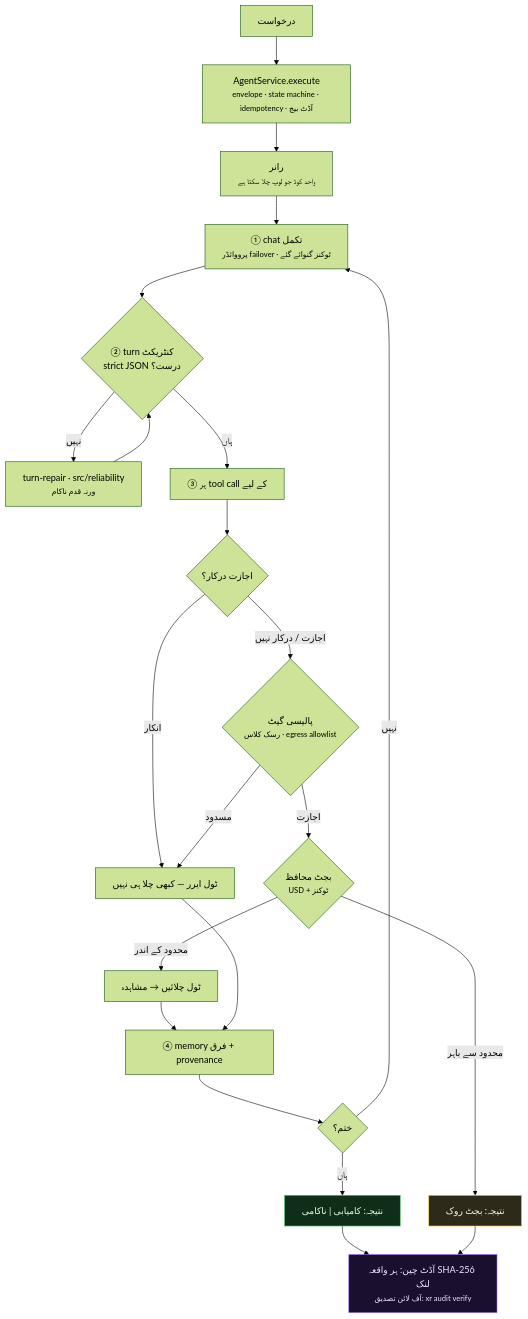
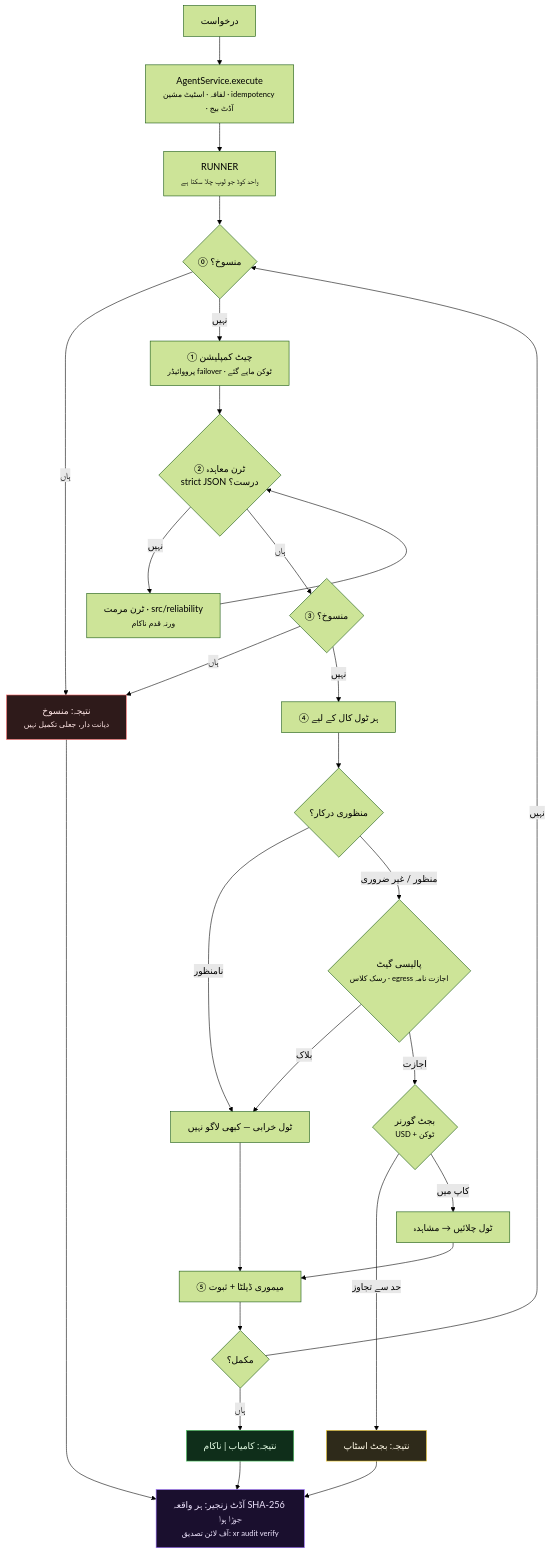
One commit to ahmadrrrtx/xr changed the second of 2 diagrams in README-ur.md. Above: the diagram before and after it, drawn with Mermaid (forest theme). The commit also changed other lines of this file and 8 other files, not shown here.

````diff
--- a/README-ur.md
+++ b/README-ur.md
@@ -153,30 +170,36 @@
 ```mermaid
 flowchart TD
-    R["درخواست"] --> E["AgentService.execute<br/><small>envelope · state machine · idempotency · آڈٹ بیج</small>"]
-    E --> RUN["رانر<br/><small>واحد کوڈ جو لوپ چلا سکتا ہے</small>"]
-    RUN --> C1["① chat تکمل<br/><small>پرووائڈر failover · ٹوکنز گنوائے گئے</small>"]
-    C1 --> C2{"② turn کنٹریکٹ<br/>strict JSON درست؟"}
-    C2 -->|نہیں| REP["turn-repair · src/reliability<br/><small>ورنہ قدم ناکام</small>"]
+    R["درخواست"] --> E["AgentService.execute<br/><small>لفافہ · اسٹیٹ مشین · idempotency · آڈٹ بیج</small>"]
+    E --> RUN["RUNNER<br/><small>واحد کوڈ جو لوپ چلا سکتا ہے</small>"]
+    RUN --> C0{"⓪ منسوخ؟"}
+    C0 -->|ہاں| CAN["نتیجہ: منسوخ<br/><small>دیانت دار، جعلی تکمیل نہیں</small>"]
+    C0 -->|نہیں| C1["① چیٹ کمپلیشن<br/><small>پرووائیڈر failover · ٹوکن ماپے گئے</small>"]
+    C1 --> C2{"② ٹرن معاہدہ<br/>strict JSON درست؟"}
+    C2 -->|نہیں| REP["ٹرن مرمت · src/reliability<br/><small>ورنہ قدم ناکام</small>"]
     REP --> C2
-    C2 -->|ہاں| T["③ ہر tool call کے لیے"]
+    C2 -->|ہاں| C3{"③ منسوخ؟"}
+    C3 -->|ہاں| CAN
+    C3 -->|نہیں| T["④ ہر ٹول کال کے لیے"]
 
-    T --> A{"اجازت درکار؟"}
-    A -->|انکار| TE["ٹول ایرر — کبھی چلا ہی نہیں"]
-    A -->|اجازت / درکار نہیں| P{"پالیسی گیٹ<br/><small>رسک کلاس · egress allowlist</small>"}
-    P -->|مسدود| TE
-    P -->|اجازت| B{"بجٹ محافظ<br/><small>USD + ٹوکنز</small>"}
-    B -->|محدود سے باہر| STOP["نتیجہ: بجٹ روک"]
-    B -->|محدود کے اندر| EXEC["ٹول چلائیں → مشاہدہ"]
-    EXEC --> M["④ memory فرق + provenance"]
+    T --> A{"منظوری درکار؟"}
+    A -->|نامنظور| TE["ٹول خرابی — کبھی لاگو نہیں"]
+    A -->|منظور / غیر ضروری| P{"پالیسی گیٹ<br/><small>رسک کلاس · egress اجازت نامہ</small>"}
+    P -->|بلاک| TE
+    P -->|اجازت| B{"بجٹ گورنر<br/><small>USD + ٹوکن</small>"}
+    B -->|حد سے تجاوز| STOP["نتیجہ: بجٹ اسٹاپ"]
+    B -->|کاپ میں| EXEC["ٹول چلائیں → مشاہدہ"]
+    EXEC --> M["⑤ میموری ڈیلٹا + ثبوت"]
     TE --> M
-    M --> D{"ختم؟"}
-    D -->|نہیں| C1
-    D -->|ہاں| OK["نتیجہ: کامیابی | ناکامی"]
+    M --> D{"مکمل؟"}
+    D -->|نہیں| C0
+    D -->|ہاں| OK["نتیجہ: کامیاب | ناکام"]
 
-    OK --> AUD["آڈٹ چین: ہر واقعہ SHA-256 لنک<br/><small>آف لائن تصدیق: xr audit verify</small>"]
+    OK --> AUD["آڈٹ زنجیر: ہر واقعہ SHA-256 جوڑا ہوا<br/><small>آف لائن تصدیق: xr audit verify</small>"]
     STOP --> AUD
+    CAN --> AUD
 
+    style CAN fill:#2e1a1a,stroke:#ff6b6b,color:#ffe6e6
     style STOP fill:#2e2a1a,stroke:#ffd93d,color:#fff9e6
     style OK fill:#0f2e1a,stroke:#51cf66,color:#e6ffe6
     style AUD fill:#1a0f2e,stroke:#9a6bff,color:#f0e6ff
 ```
````
